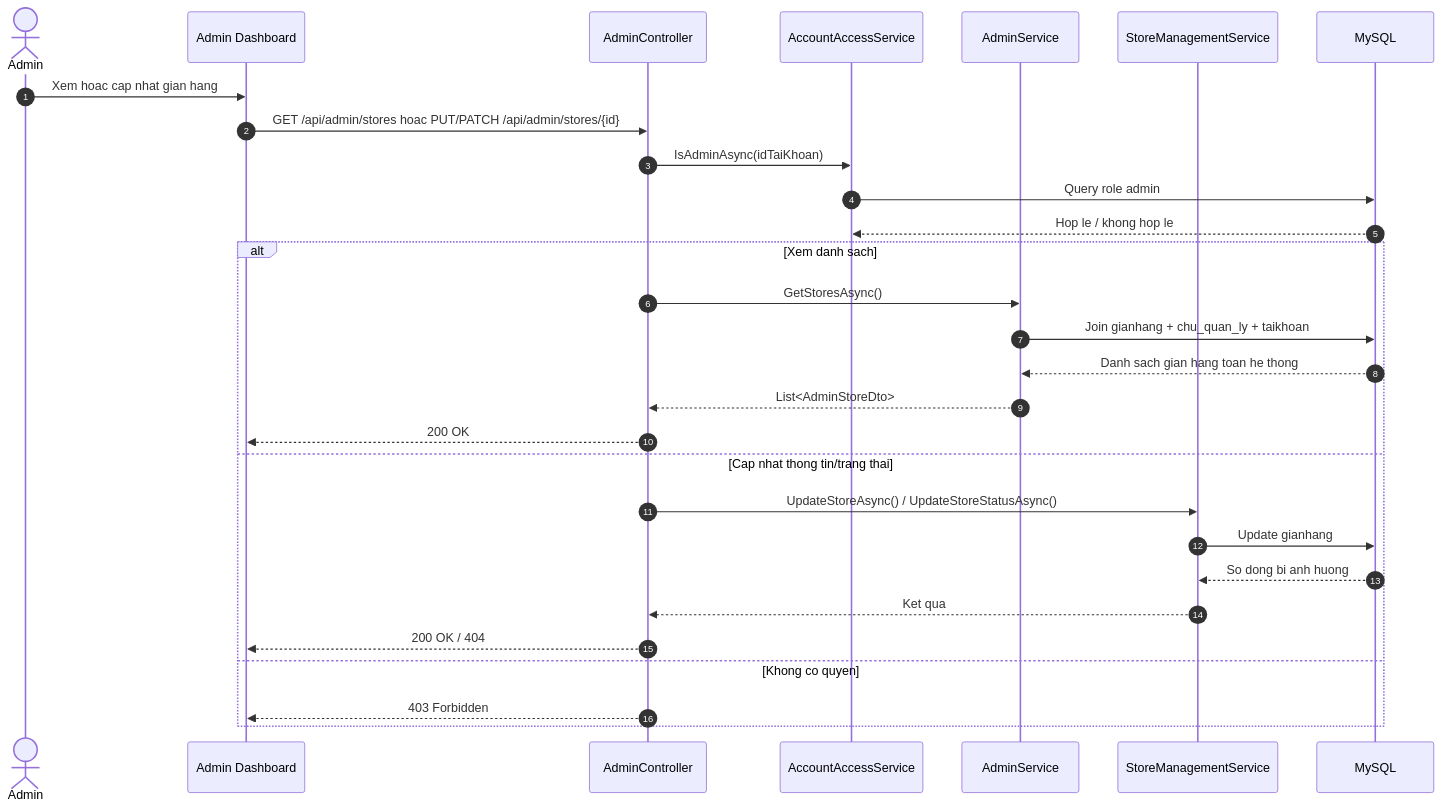
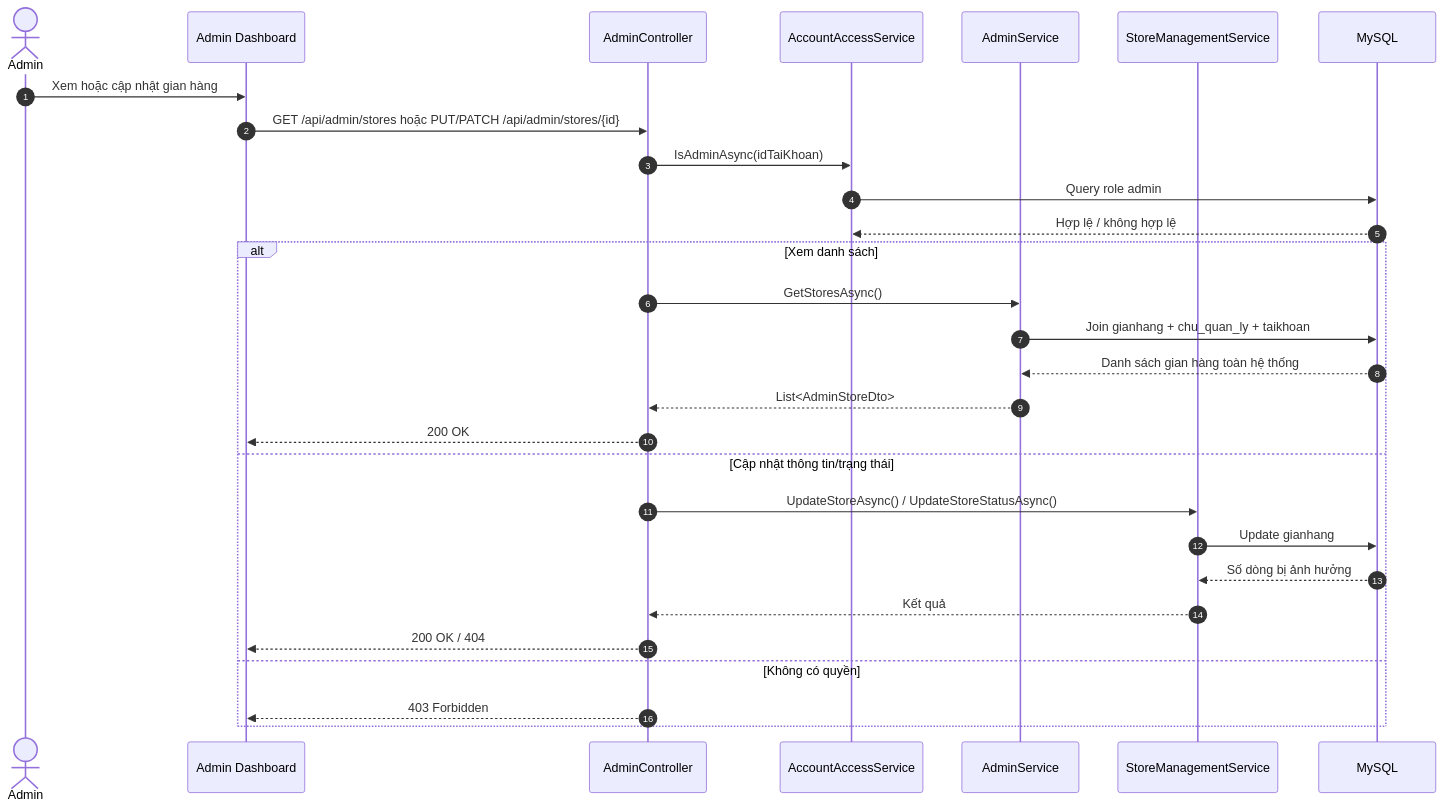
Diagram 16 of 17 in sequence-mermaid.md (ledat2412/C-SA-T), drawn with Mermaid before and after one commit. The commit also changed other lines of this file and 38 other files, not shown here.

````diff
--- a/sequence-mermaid.md
+++ b/sequence-mermaid.md
@@ -505,33 +575,33 @@
 ```mermaid
 sequenceDiagram
     autonumber
     actor Admin
     participant Dashboard as Admin Dashboard
     participant AdminCtl as AdminController
     participant AccessSvc as AccountAccessService
     participant AdminSvc as AdminService
     participant StoreSvc as StoreManagementService
     participant DB as MySQL
 
-    Admin->>Dashboard: Xem hoac cap nhat gian hang
-    Dashboard->>AdminCtl: GET /api/admin/stores hoac PUT/PATCH /api/admin/stores/{id}
+    Admin->>Dashboard: Xem hoặc cập nhật gian hàng
+    Dashboard->>AdminCtl: GET /api/admin/stores hoặc PUT/PATCH /api/admin/stores/{id}
     AdminCtl->>AccessSvc: IsAdminAsync(idTaiKhoan)
     AccessSvc->>DB: Query role admin
-    DB-->>AccessSvc: Hop le / khong hop le
+    DB-->>AccessSvc: Hợp lệ / không hợp lệ
 
-    alt Xem danh sach
+    alt Xem danh sách
         AdminCtl->>AdminSvc: GetStoresAsync()
         AdminSvc->>DB: Join gianhang + chu_quan_ly + taikhoan
-        DB-->>AdminSvc: Danh sach gian hang toan he thong
+        DB-->>AdminSvc: Danh sách gian hàng toàn hệ thống
         AdminSvc-->>AdminCtl: List<AdminStoreDto>
         AdminCtl-->>Dashboard: 200 OK
-    else Cap nhat thong tin/trang thai
+    else Cập nhật thông tin/trạng thái
         AdminCtl->>StoreSvc: UpdateStoreAsync() / UpdateStoreStatusAsync()
         StoreSvc->>DB: Update gianhang
-        DB-->>StoreSvc: So dong bi anh huong
-        StoreSvc-->>AdminCtl: Ket qua
+        DB-->>StoreSvc: Số dòng bị ảnh hưởng
+        StoreSvc-->>AdminCtl: Kết quả
         AdminCtl-->>Dashboard: 200 OK / 404
-    else Khong co quyen
+    else Không có quyền
         AdminCtl-->>Dashboard: 403 Forbidden
     end
 ```
````
